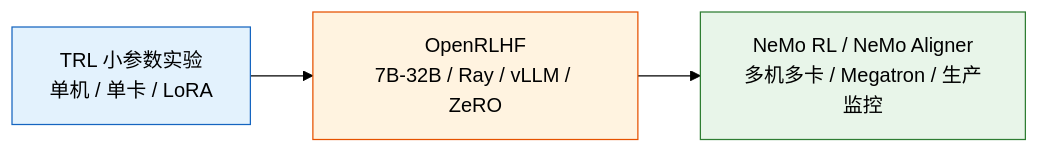
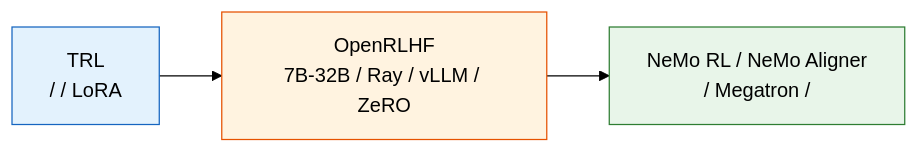
One commit to letslego/hands-on-modern-rl changed the first of 2 diagrams in docs/chapter08_rlhf/scaling-to-large-models.md. Above: the diagram before and after it, drawn with Mermaid (forest theme). The commit also changed other lines of this file and 267 other files, not shown here.

````diff
--- a/docs/chapter08_rlhf/scaling-to-large-models.md
+++ b/docs/chapter08_rlhf/scaling-to-large-models.md
@@ -31,9 +31,9 @@
 ```mermaid
 flowchart LR
-    Small["TRL 小参数实验\n单机 / 单卡 / LoRA"] --> Mid["OpenRLHF\n7B-32B / Ray / vLLM / ZeRO"]
-    Mid --> Large["NeMo RL / NeMo Aligner\n多机多卡 / Megatron / 生产监控"]
+    Small["TRL \n /  / LoRA"] --> Mid["OpenRLHF\n7B-32B / Ray / vLLM / ZeRO"]
+    Mid --> Large["NeMo RL / NeMo Aligner\n / Megatron / "]
 
     style Small fill:#e3f2fd,stroke:#1565c0
     style Mid fill:#fff3e0,stroke:#e65100
     style Large fill:#e8f5e9,stroke:#2e7d32
 ```
````
